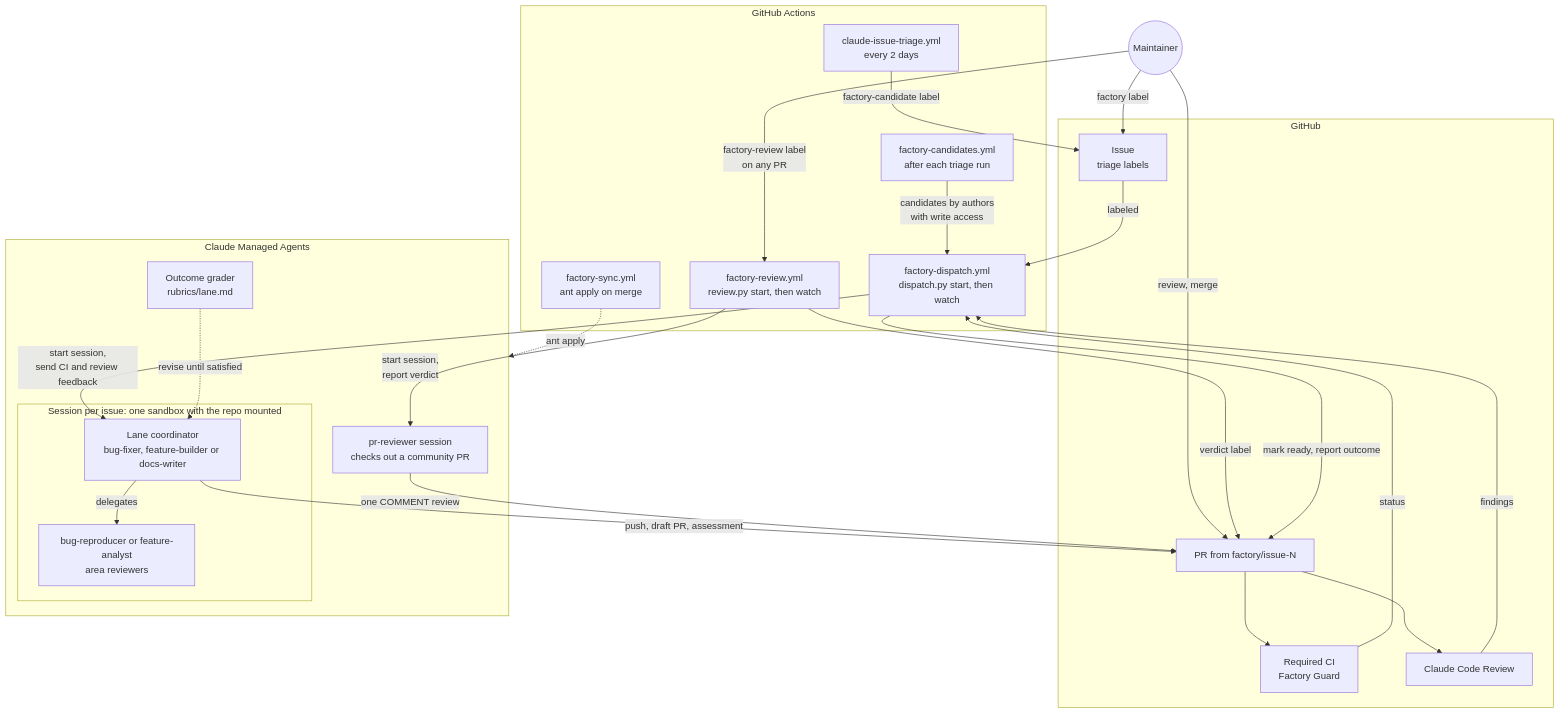
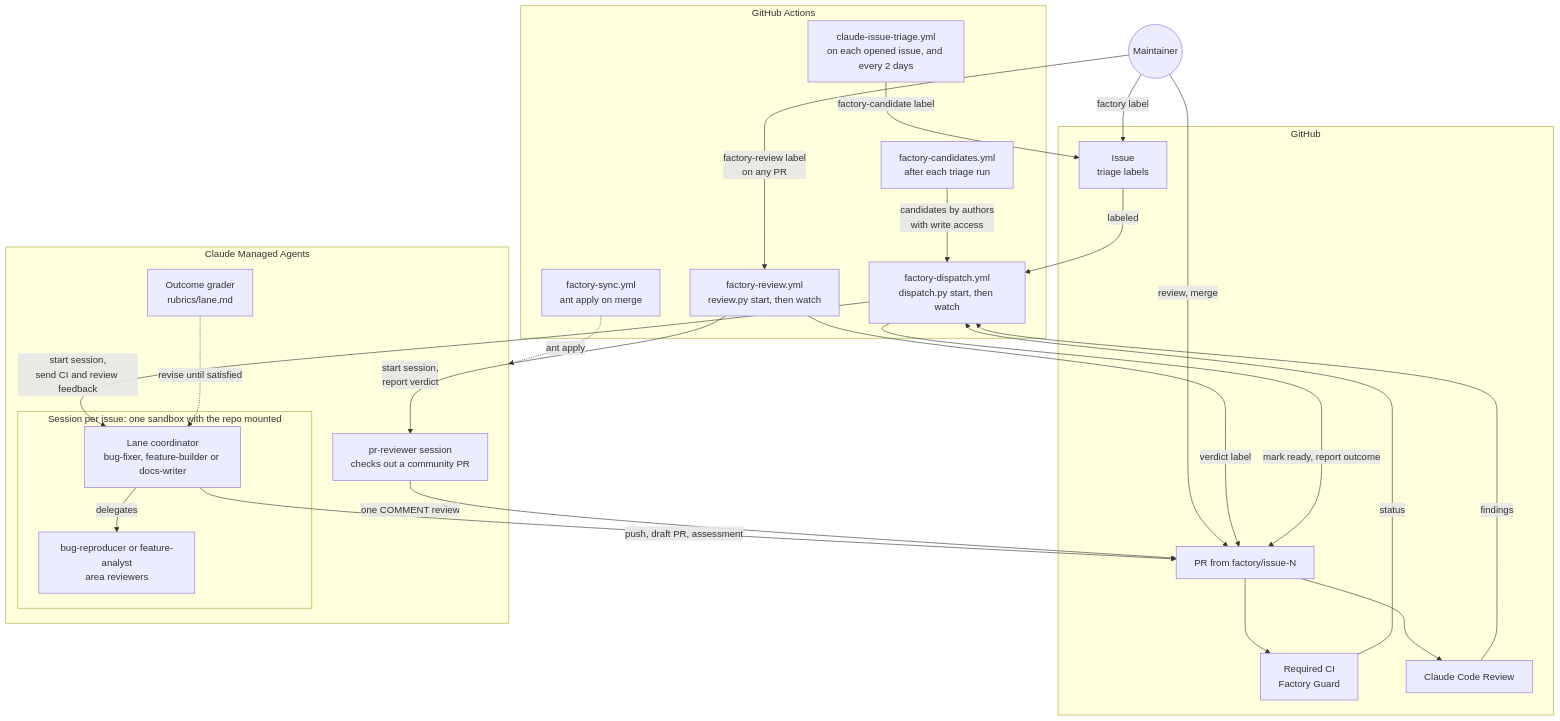
One commit to Arize-ai/phoenix changed the first of 4 diagrams in factory/README.md. Above: the diagram before and after it, drawn with Mermaid. The commit also changed other lines of this file and 2 other files, not shown here.

Commit message:
ci(factory): triage each issue when it is opened
Claude Issue Triage now runs on the issues opened event, scoped to that
one issue with no regression pass, in its own concurrency group and under
a 15-minute cap. A factory candidate a maintainer writes reaches Factory
Candidates within minutes instead of waiting for the every-2-days sweep,
which sorts oldest-updated first and so reaches new issues last.

````diff
--- a/factory/README.md
+++ b/factory/README.md
@@ -9,48 +9,48 @@
 ```mermaid
 flowchart TB
   maintainer(("Maintainer"))
 
   subgraph github["GitHub"]
     issue["Issue<br/>triage labels"]
     pr["PR from factory/issue-N"]
     checks["Required CI<br/>Factory Guard"]
     review["Claude Code Review"]
   end
 
   subgraph actions["GitHub Actions"]
-    triage["claude-issue-triage.yml<br/>every 2 days"]
+    triage["claude-issue-triage.yml<br/>on each opened issue, and every 2 days"]
     candidates["factory-candidates.yml<br/>after each triage run"]
     dispatch["factory-dispatch.yml<br/>dispatch.py start, then watch"]
     prreview["factory-review.yml<br/>review.py start, then watch"]
     sync["factory-sync.yml<br/>ant apply on merge"]
   end
 
   subgraph agents["Claude Managed Agents"]
     subgraph session["Session per issue: one sandbox with the repo mounted"]
       coordinator["Lane coordinator<br/>bug-fixer, feature-builder or docs-writer"]
       subagents["bug-reproducer or feature-analyst<br/>area reviewers"]
     end
     reviewer["pr-reviewer session<br/>checks out a community PR"]
     grader["Outcome grader<br/>rubrics/lane.md"]
   end
 
   maintainer -->|"factory label"| issue
   maintainer -->|"review, merge"| pr
   maintainer -->|"factory-review label<br/>on any PR"| prreview
   prreview -->|"start session,<br/>report verdict"| reviewer
   reviewer -->|"one COMMENT review"| pr
   prreview -->|"verdict label"| pr
   triage -->|"factory-candidate label"| issue
   candidates -->|"candidates by authors<br/>with write access"| dispatch
   issue -->|"labeled"| dispatch
   dispatch -->|"start session,<br/>send CI and review feedback"| coordinator
   coordinator -->|"delegates"| subagents
   grader -.->|"revise until satisfied"| coordinator
   coordinator -->|"push, draft PR, assessment"| pr
   pr --> checks
   pr --> review
   checks -->|"status"| dispatch
   review -->|"findings"| dispatch
   dispatch -->|"mark ready, report outcome"| pr
   sync -.->|"ant apply"| agents
 ```
````
